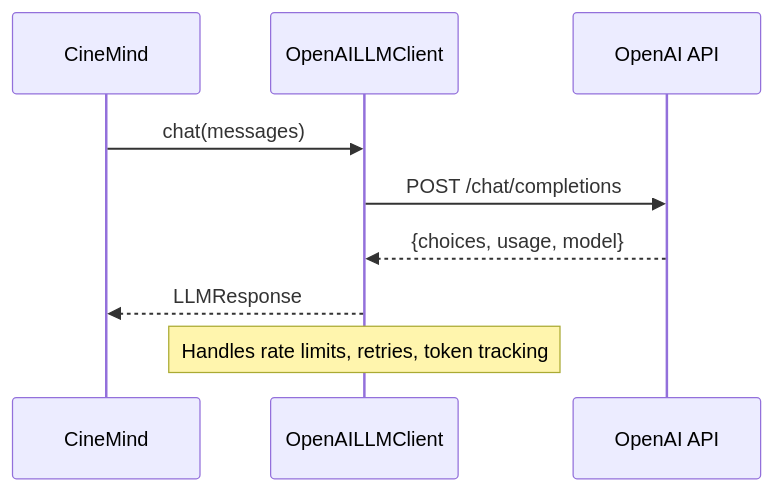
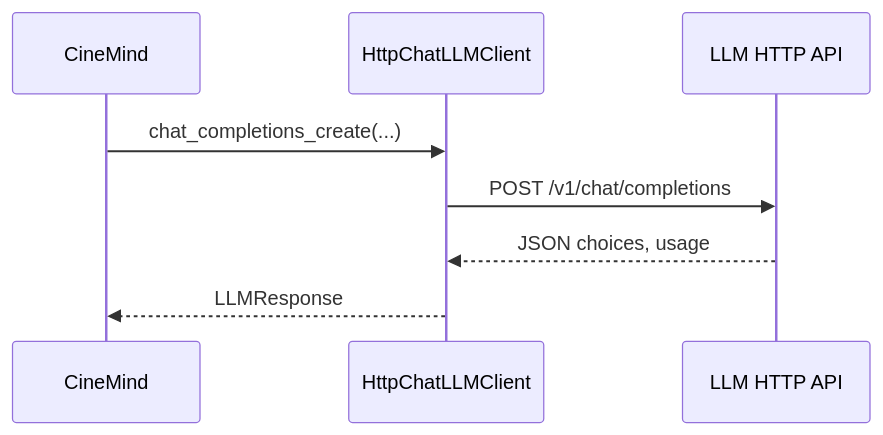
One commit to mayad123/movieAgent changed the second of 4 diagrams in docs/features/llm/LLM_CLIENT.md. Above: the diagram before and after it, drawn with Mermaid. The commit also changed other lines of this file and 33 other files, not shown here.

First line of the commit message:
Shift CineMind to an OpenAI-compatible HTTP LLM stack and remove MIT/OpenAI-specific repo assumptions.

````diff
--- a/docs/features/llm/LLM_CLIENT.md
+++ b/docs/features/llm/LLM_CLIENT.md
@@ -79,13 +75,11 @@
 ```mermaid
 sequenceDiagram
     participant Core as CineMind
-    participant Client as OpenAILLMClient
-    participant API as OpenAI API
+    participant Client as HttpChatLLMClient
+    participant API as LLM HTTP API
 
-    Core->>Client: chat(messages)
-    Client->>API: POST /chat/completions
-    API-->>Client: {choices, usage, model}
+    Core->>Client: chat_completions_create(...)
+    Client->>API: POST /v1/chat/completions
+    API-->>Client: JSON choices, usage
     Client-->>Core: LLMResponse
-
-    Note over Client: Handles rate limits, retries, token tracking
 ```
````
